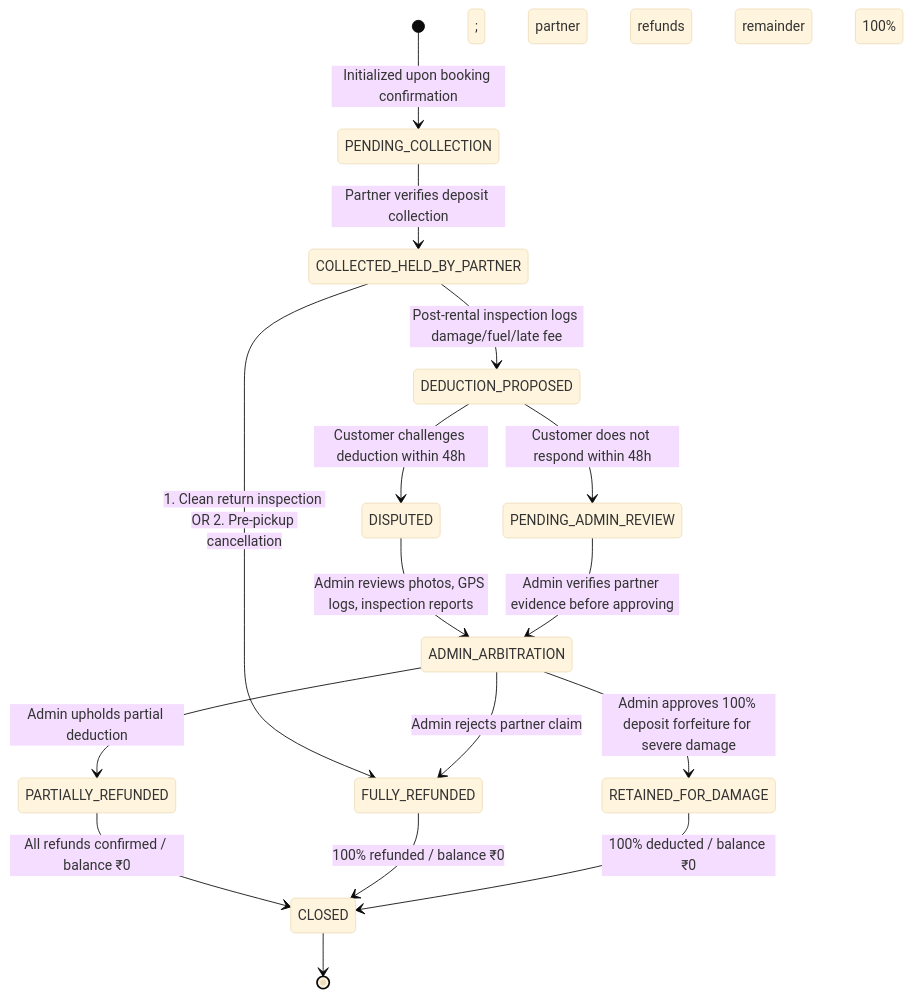
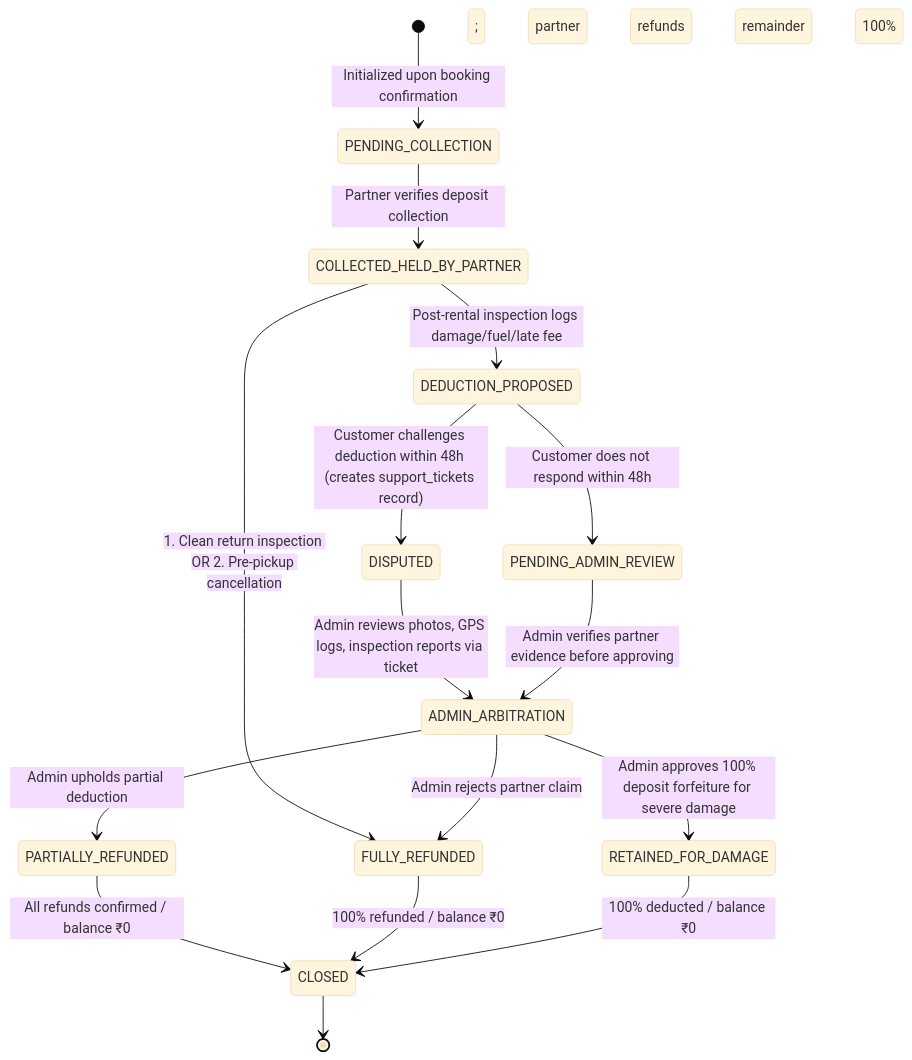
The sixth of 9 diagrams in docs/STATE_MACHINES.md (jayasai14/vehicle-rental-platform), drawn with Mermaid (base theme) before and after one commit. The commit also changed other lines of this file and 14 other files, not shown here.

Commit message:
docs: patch partner-direct payment architecture for refunds, late payments, overpayments, and arbitration

````diff
--- a/docs/STATE_MACHINES.md
+++ b/docs/STATE_MACHINES.md
@@ -235,24 +288,24 @@
 ```mermaid
 stateDiagram-v2
     [*] --> PENDING_COLLECTION: Initialized upon booking confirmation
     PENDING_COLLECTION --> COLLECTED_HELD_BY_PARTNER: Partner verifies deposit collection
     
     COLLECTED_HELD_BY_PARTNER --> FULLY_REFUNDED: 1. Clean return inspection OR 2. Pre-pickup cancellation
     COLLECTED_HELD_BY_PARTNER --> DEDUCTION_PROPOSED: Post-rental inspection logs damage/fuel/late fee
     
-    DEDUCTION_PROPOSED --> DISPUTED: Customer challenges deduction within 48h
+    DEDUCTION_PROPOSED --> DISPUTED: Customer challenges deduction within 48h (creates support_tickets record)
     DEDUCTION_PROPOSED --> PENDING_ADMIN_REVIEW: Customer does not respond within 48h
     
-    DISPUTED --> ADMIN_ARBITRATION: Admin reviews photos, GPS logs, inspection reports
+    DISPUTED --> ADMIN_ARBITRATION: Admin reviews photos, GPS logs, inspection reports via ticket
     PENDING_ADMIN_REVIEW --> ADMIN_ARBITRATION: Admin verifies partner evidence before approving
     
     ADMIN_ARBITRATION --> PARTIALLY_REFUNDED: Admin upholds partial deduction; partner refunds remainder
     ADMIN_ARBITRATION --> FULLY_REFUNDED: Admin rejects partner claim; partner refunds 100%
     ADMIN_ARBITRATION --> RETAINED_FOR_DAMAGE: Admin approves 100% deposit forfeiture for severe damage
     
     PARTIALLY_REFUNDED --> CLOSED: All refunds confirmed / balance ₹0
     FULLY_REFUNDED --> CLOSED: 100% refunded / balance ₹0
     RETAINED_FOR_DAMAGE --> CLOSED: 100% deducted / balance ₹0
     
     CLOSED --> [*]
 ```
````
